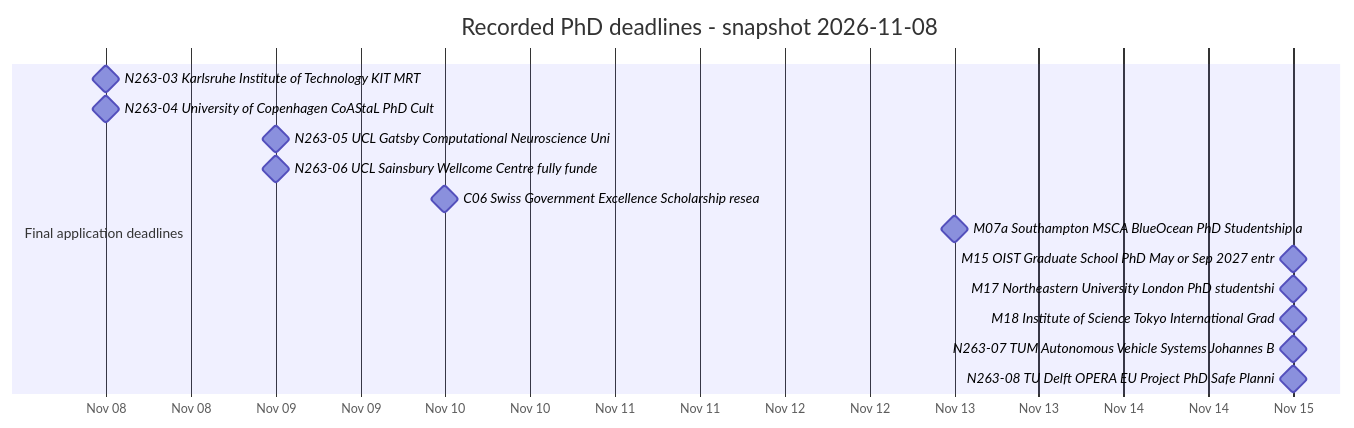
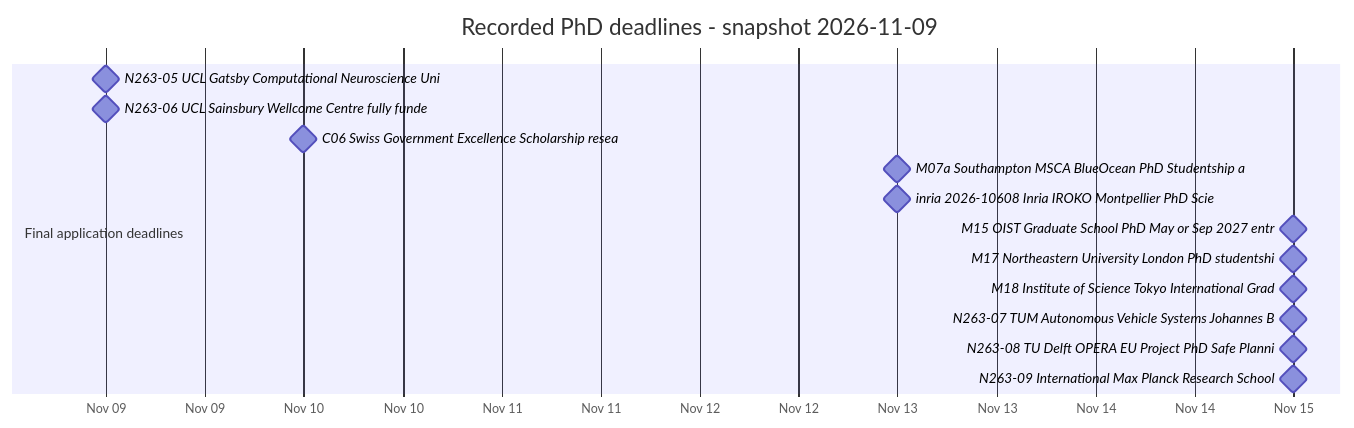
One commit to Armanasq/phd_tracker changed the diagram in docs/diagrams/deadlines.mmd. Above: the diagram before and after it, drawn with Mermaid. The commit also changed 41 other files, not shown here.

```diff
--- a/docs/diagrams/deadlines.mmd
+++ b/docs/diagrams/deadlines.mmd
@@ -1,16 +1,16 @@
 gantt
-    title Recorded PhD deadlines - snapshot 2026-11-08
+    title Recorded PhD deadlines - snapshot 2026-11-09
     dateFormat YYYY-MM-DD
     axisFormat %b %d
     section Final application deadlines
-    N263-03 Karlsruhe Institute of Technology KIT MRT :milestone, d0, 2026-11-08, 0d
-    N263-04 University of Copenhagen CoAStaL PhD Cult :milestone, d1, 2026-11-08, 0d
-    N263-05 UCL Gatsby Computational Neuroscience Uni :milestone, d2, 2026-11-09, 0d
-    N263-06 UCL Sainsbury Wellcome Centre fully funde :milestone, d3, 2026-11-09, 0d
-    C06 Swiss Government Excellence Scholarship resea :milestone, d4, 2026-11-10, 0d
-    M07a Southampton MSCA BlueOcean PhD Studentship a :milestone, d5, 2026-11-13, 0d
-    M15 OIST Graduate School PhD May or Sep 2027 entr :milestone, d6, 2026-11-15, 0d
-    M17 Northeastern University London PhD studentshi :milestone, d7, 2026-11-15, 0d
-    M18 Institute of Science Tokyo International Grad :milestone, d8, 2026-11-15, 0d
-    N263-07 TUM Autonomous Vehicle Systems Johannes B :milestone, d9, 2026-11-15, 0d
-    N263-08 TU Delft OPERA EU Project PhD Safe Planni :milestone, d10, 2026-11-15, 0d
+    N263-05 UCL Gatsby Computational Neuroscience Uni :milestone, d0, 2026-11-09, 0d
+    N263-06 UCL Sainsbury Wellcome Centre fully funde :milestone, d1, 2026-11-09, 0d
+    C06 Swiss Government Excellence Scholarship resea :milestone, d2, 2026-11-10, 0d
+    M07a Southampton MSCA BlueOcean PhD Studentship a :milestone, d3, 2026-11-13, 0d
+    inria 2026-10608 Inria IROKO Montpellier PhD Scie :milestone, d4, 2026-11-13, 0d
+    M15 OIST Graduate School PhD May or Sep 2027 entr :milestone, d5, 2026-11-15, 0d
+    M17 Northeastern University London PhD studentshi :milestone, d6, 2026-11-15, 0d
+    M18 Institute of Science Tokyo International Grad :milestone, d7, 2026-11-15, 0d
+    N263-07 TUM Autonomous Vehicle Systems Johannes B :milestone, d8, 2026-11-15, 0d
+    N263-08 TU Delft OPERA EU Project PhD Safe Planni :milestone, d9, 2026-11-15, 0d
+    N263-09 International Max Planck Research School  :milestone, d10, 2026-11-15, 0d
```
